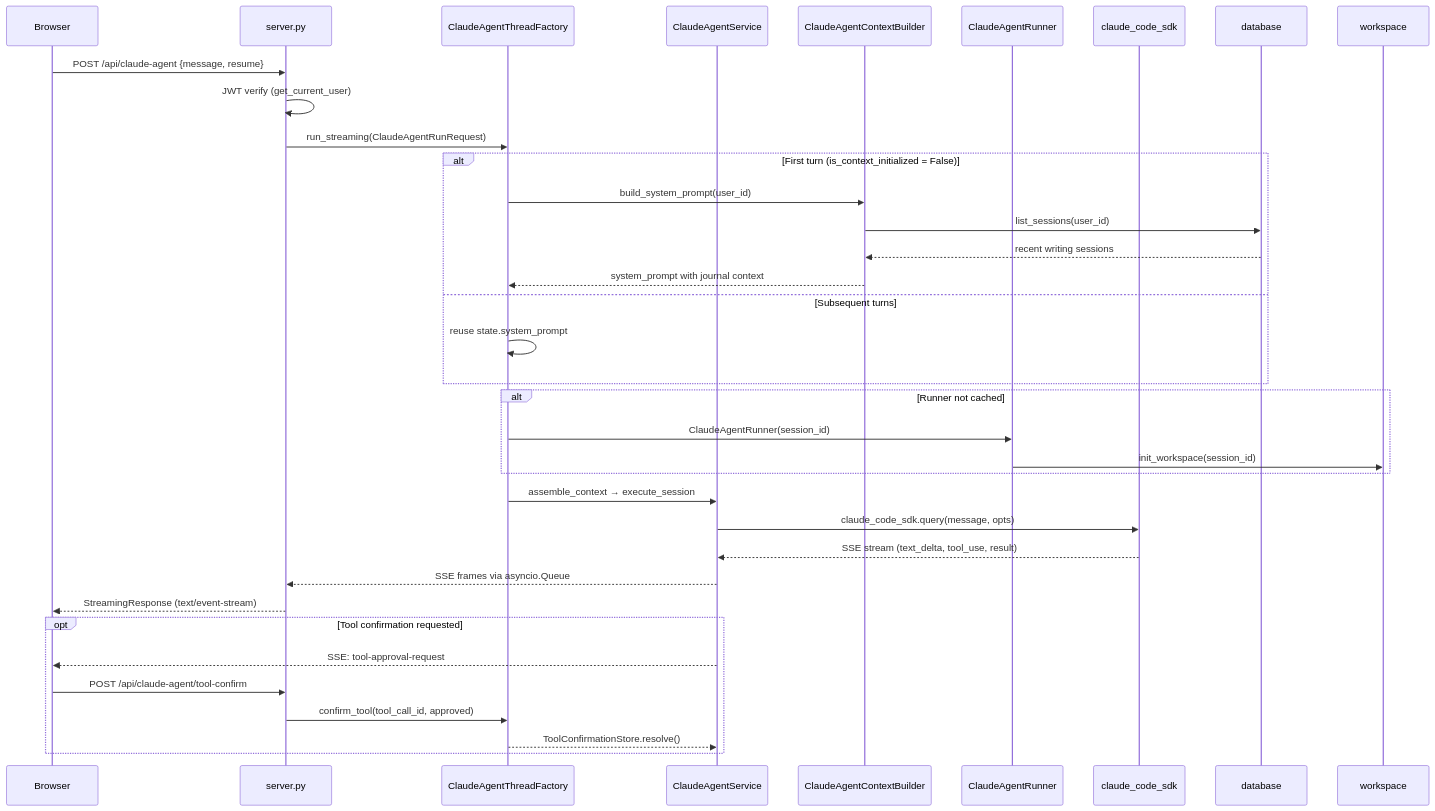
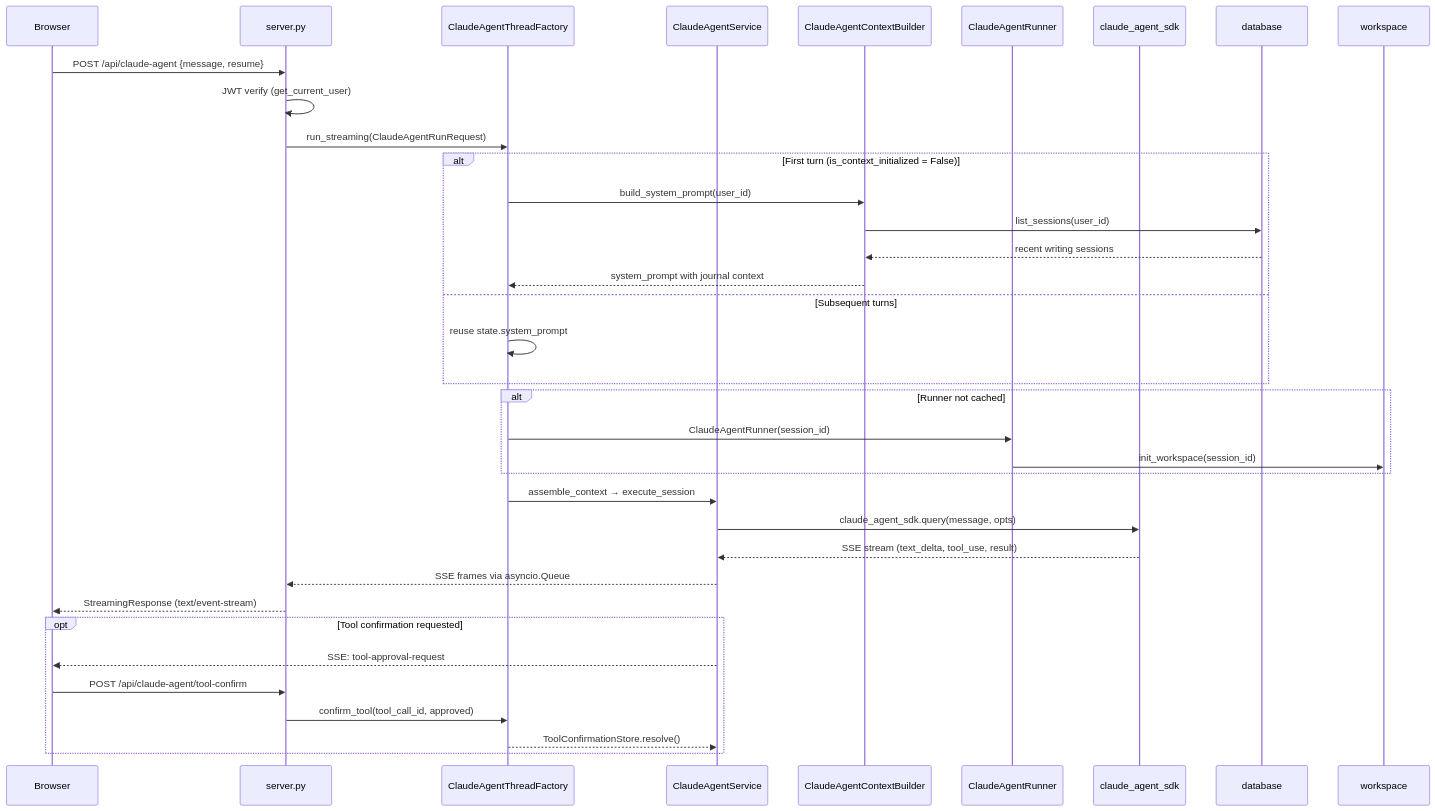
One commit to glide-the/im-dream changed the diagram in docs/design/claude-agent.md. Above: the diagram before and after it, drawn with Mermaid. The commit also changed other lines of this file and 61 other files, not shown here.

First line of the commit message:
fix: update references from claude-code-sdk to claude-agent-sdk in documentation and code comments

````diff
--- a/docs/design/claude-agent.md
+++ b/docs/design/claude-agent.md
@@ -29,41 +29,41 @@
 ```mermaid
 sequenceDiagram
     participant Browser
     participant FastAPI as server.py
     participant Factory as ClaudeAgentThreadFactory
     participant Service as ClaudeAgentService
     participant Builder as ClaudeAgentContextBuilder
     participant Runner as ClaudeAgentRunner
-    participant SDK as claude_code_sdk
+    participant SDK as claude_agent_sdk
 
     Browser->>FastAPI: POST /api/claude-agent {message, resume}
     FastAPI->>FastAPI: JWT verify (get_current_user)
     FastAPI->>Factory: run_streaming(ClaudeAgentRunRequest)
 
     alt First turn (is_context_initialized = False)
         Factory->>Builder: build_system_prompt(user_id)
         Builder->>database: list_sessions(user_id)
         database-->>Builder: recent writing sessions
         Builder-->>Factory: system_prompt with journal context
     else Subsequent turns
         Factory->>Factory: reuse state.system_prompt
     end
 
     alt Runner not cached
         Factory->>Runner: ClaudeAgentRunner(session_id)
         Runner->>workspace: init_workspace(session_id)
     end
 
     Factory->>Service: assemble_context → execute_session
-    Service->>SDK: claude_code_sdk.query(message, opts)
+    Service->>SDK: claude_agent_sdk.query(message, opts)
     SDK-->>Service: SSE stream (text_delta, tool_use, result)
     Service-->>FastAPI: SSE frames via asyncio.Queue
     FastAPI-->>Browser: StreamingResponse (text/event-stream)
 
     opt Tool confirmation requested
         Service-->>Browser: SSE: tool-approval-request
         Browser->>FastAPI: POST /api/claude-agent/tool-confirm
         FastAPI->>Factory: confirm_tool(tool_call_id, approved)
         Factory-->>Service: ToolConfirmationStore.resolve()
     end
 ```
````
